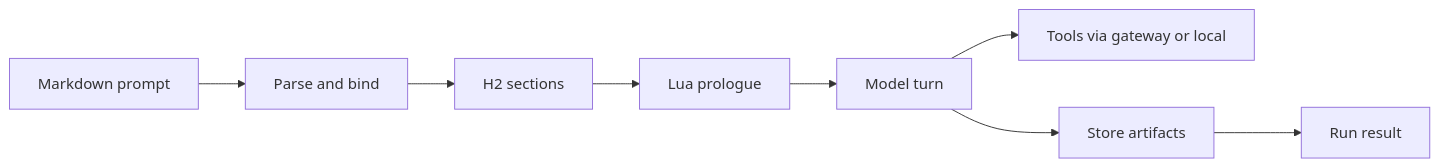
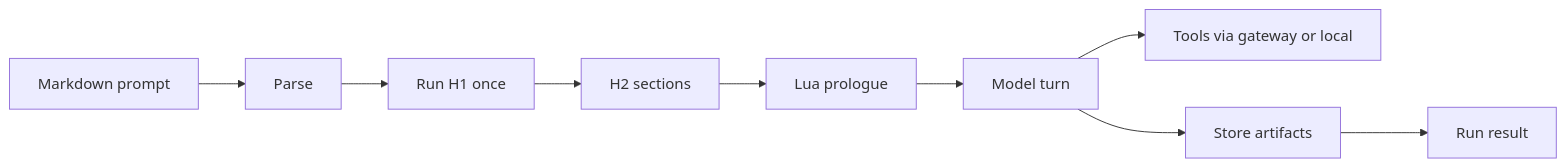
The diagram in README.md (cppalliance/promptforge), drawn with Mermaid before and after one commit. The commit also changed other lines of this file and 11 other files, not shown here.

````diff
--- a/README.md
+++ b/README.md
@@ -84,10 +84,11 @@
 ```mermaid
 flowchart LR
-  MD[Markdown prompt] --> Parse[Parse and bind]
-  Parse --> Sec[H2 sections]
+  MD[Markdown prompt] --> Parse[Parse]
+  Parse --> H1[Run H1 once]
+  H1 --> Sec[H2 sections]
   Sec --> Lua[Lua prologue]
   Lua --> Model[Model turn]
   Model --> Tools[Tools via gateway or local]
   Model --> Store[Store artifacts]
   Store --> Out[Run result]
 ```
````
